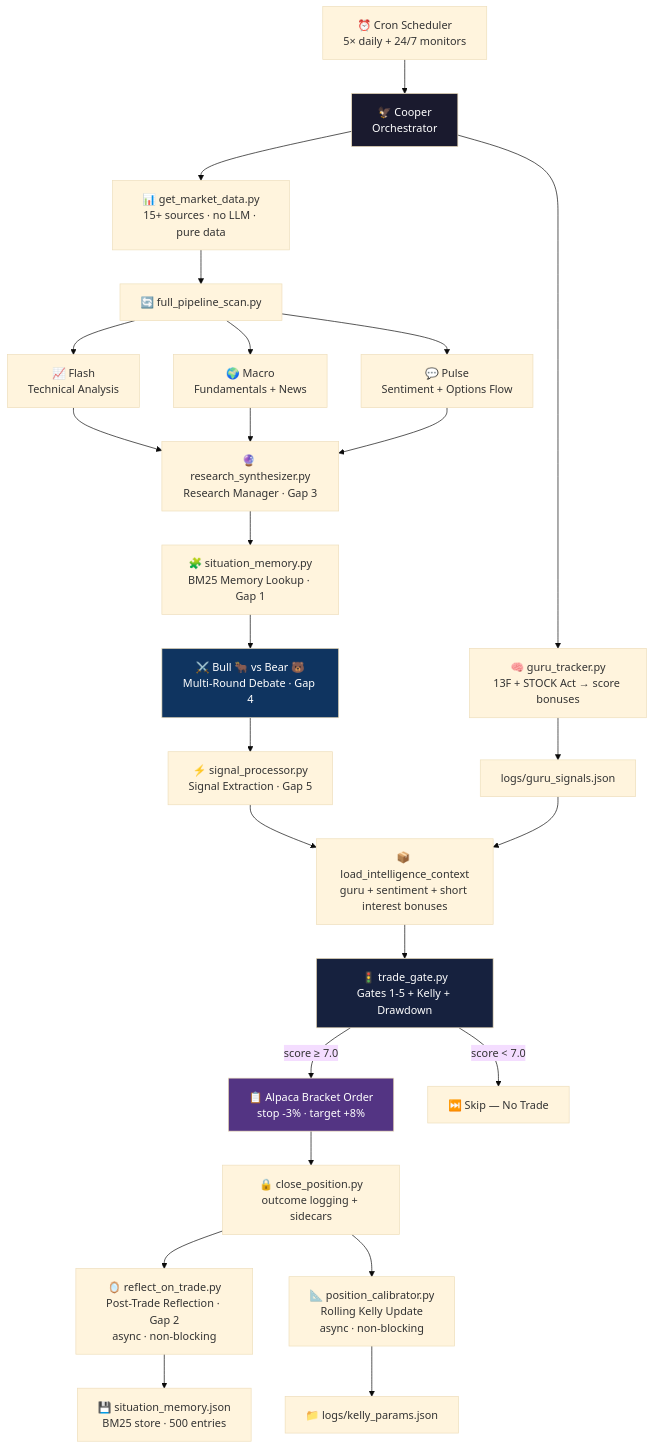
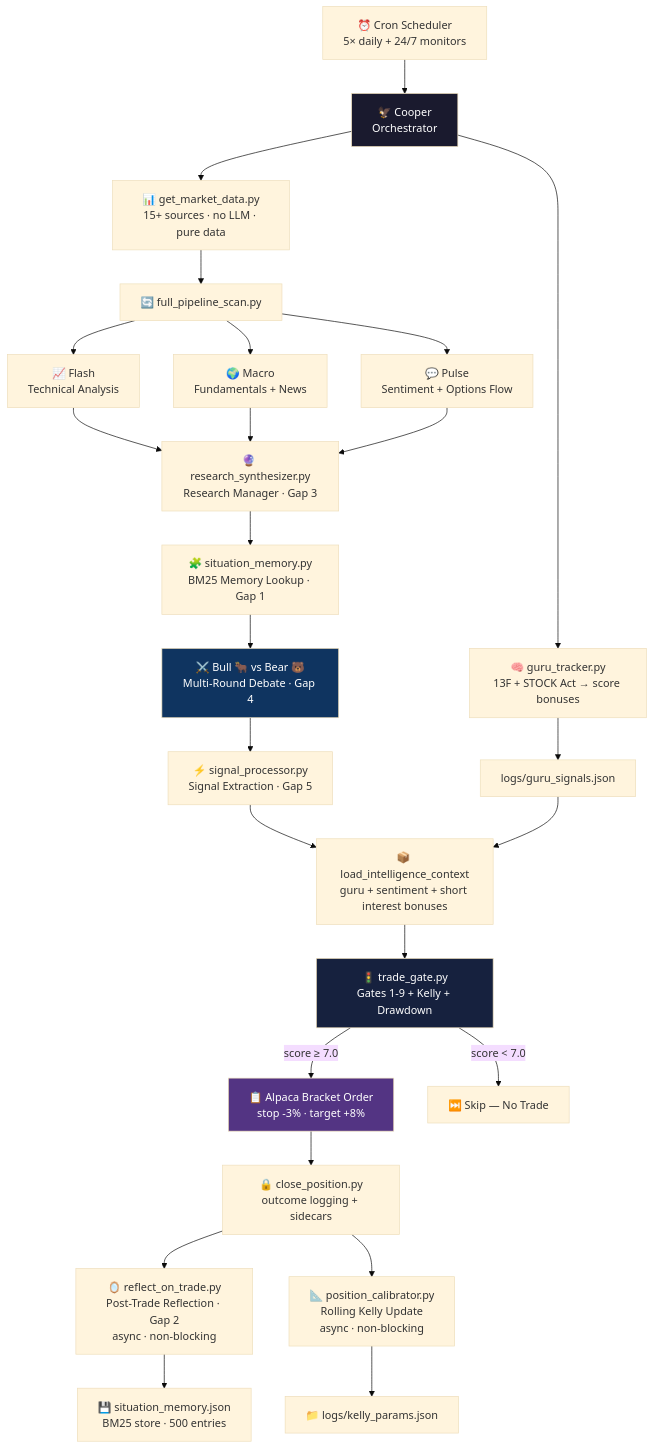
The first of 5 diagrams in README.md (oabdelmaksoud/Pro-Trader-PLUGIN), drawn with Mermaid (base theme) before and after one commit. The commit also changed other lines of this file, not shown here.

````diff
--- a/README.md
+++ b/README.md
@@ -23,42 +33,42 @@
 ```mermaid
 flowchart TD
     CRON["⏰ Cron Scheduler\n5× daily + 24/7 monitors"] --> COOPER["🦅 Cooper\nOrchestrator"]
 
     COOPER --> DATA["📊 get_market_data.py\n15+ sources · no LLM · pure data"]
     COOPER --> GURU["🧠 guru_tracker.py\n13F + STOCK Act → score bonuses"]
 
     DATA --> PIPELINE["🔄 full_pipeline_scan.py"]
     GURU --> SIGNALS["logs/guru_signals.json"]
 
     PIPELINE --> FLASH["📈 Flash\nTechnical Analysis"]
     PIPELINE --> MACRO["🌍 Macro\nFundamentals + News"]
     PIPELINE --> PULSE["💬 Pulse\nSentiment + Options Flow"]
 
     FLASH --> SYNTH["🔮 research_synthesizer.py\nResearch Manager · Gap 3"]
     MACRO --> SYNTH
     PULSE --> SYNTH
 
     SYNTH --> BM25["🧩 situation_memory.py\nBM25 Memory Lookup · Gap 1"]
     BM25 --> DEBATE["⚔️ Bull 🐂 vs Bear 🐻\nMulti-Round Debate · Gap 4"]
     DEBATE --> SIGPROC["⚡ signal_processor.py\nSignal Extraction · Gap 5"]
 
     SIGPROC --> INTEL["📦 load_intelligence_context\nguru + sentiment + short interest bonuses"]
     SIGNALS --> INTEL
 
-    INTEL --> GATE["🚦 trade_gate.py\nGates 1-5 + Kelly + Drawdown"]
+    INTEL --> GATE["🚦 trade_gate.py\nGates 1-9 + Kelly + Drawdown"]
 
     GATE -->|score ≥ 7.0| ORDER["📋 Alpaca Bracket Order\nstop -3% · target +8%"]
     GATE -->|score < 7.0| SKIP["⏭️ Skip — No Trade"]
 
     ORDER --> CLOSE["🔒 close_position.py\noutcome logging + sidecars"]
     CLOSE --> REFLECT["🪞 reflect_on_trade.py\nPost-Trade Reflection · Gap 2\nasync · non-blocking"]
     CLOSE --> CALIBRATE["📐 position_calibrator.py\nRolling Kelly Update\nasync · non-blocking"]
 
     REFLECT --> MEMORY["💾 situation_memory.json\nBM25 store · 500 entries"]
     CALIBRATE --> KELLY["📁 logs/kelly_params.json"]
 
     style COOPER fill:#1a1a2e,color:#fff
     style GATE fill:#16213e,color:#fff
     style DEBATE fill:#0f3460,color:#fff
     style ORDER fill:#533483,color:#fff
 ```
````
